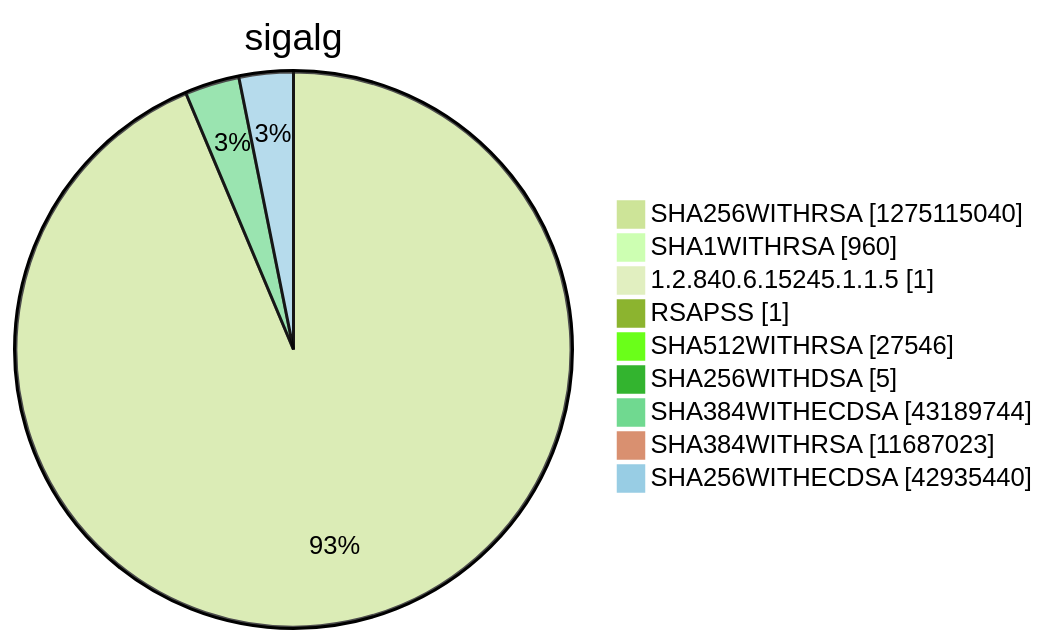
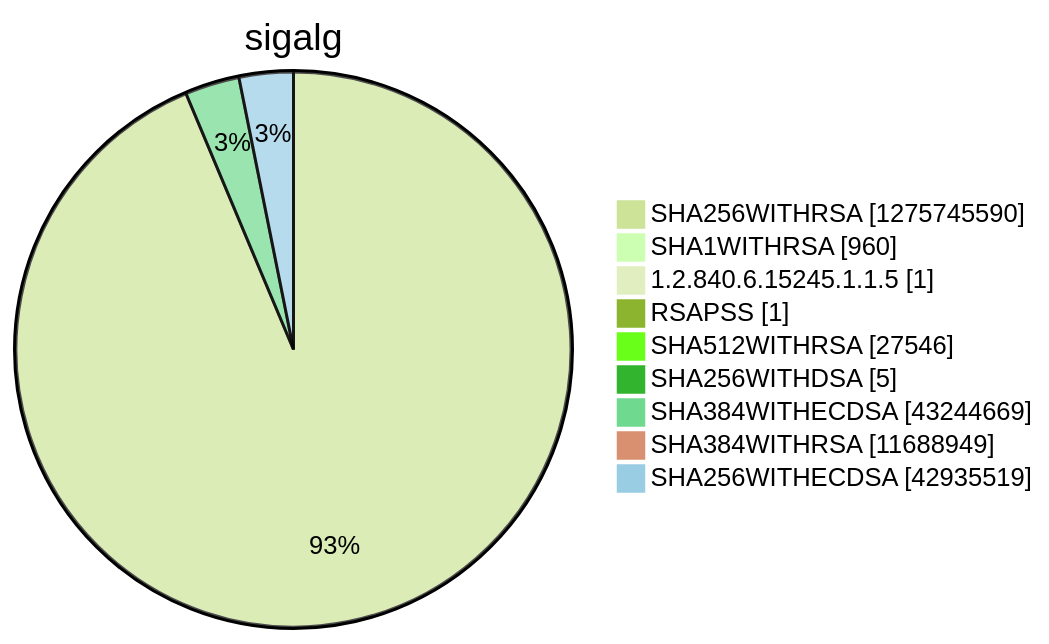
Before and after one commit to christiankrug/ctmonitor_visualization: diagram 15 of 15 in argon2022/README.md, drawn with Mermaid (forest theme). The commit also changed other lines of this file, not shown here.

````diff
--- a/argon2022/README.md
+++ b/argon2022/README.md
@@ -5522,13 +5522,13 @@
 ```mermaid
 pie showData
 title sigalg
-"SHA256WITHRSA" :1275115040
+"SHA256WITHRSA" :1275745590
 "SHA1WITHRSA" :960
 "1.2.840.6.15245.1.1.5" :1
 "RSAPSS" :1
 "SHA512WITHRSA" :27546
 "SHA256WITHDSA" :5
-"SHA384WITHECDSA" :43189744
-"SHA384WITHRSA" :11687023
-"SHA256WITHECDSA" :42935440
+"SHA384WITHECDSA" :43244669
+"SHA384WITHRSA" :11688949
+"SHA256WITHECDSA" :42935519
 ```
````
